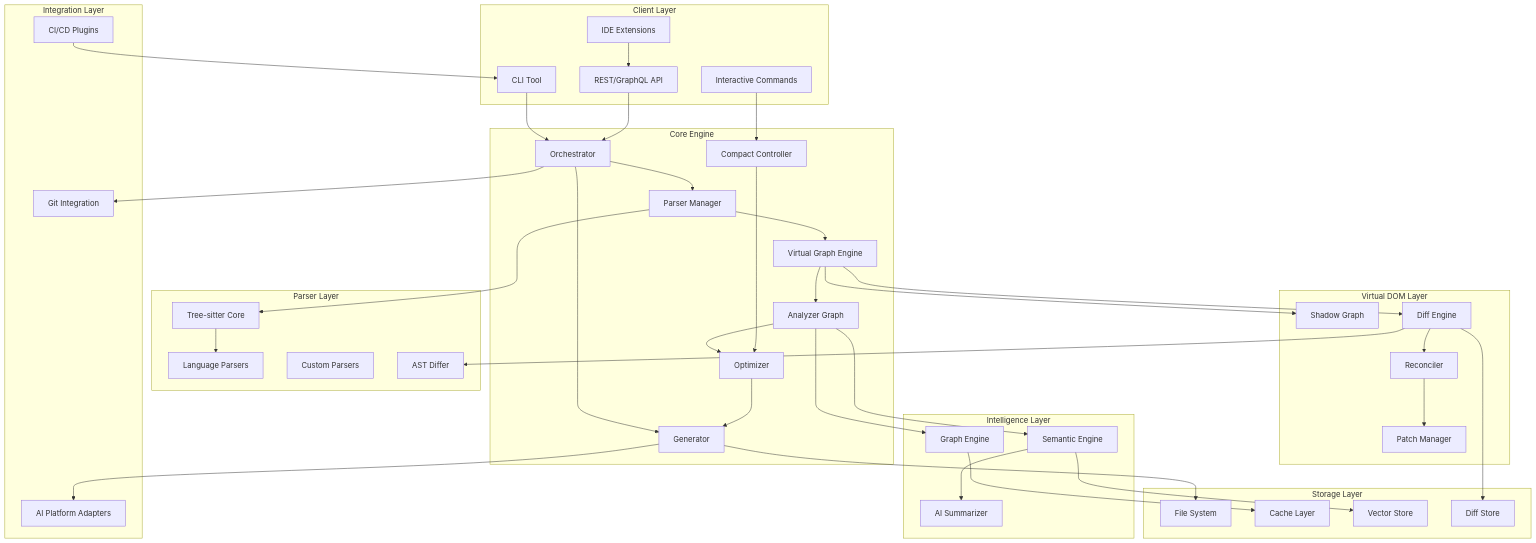
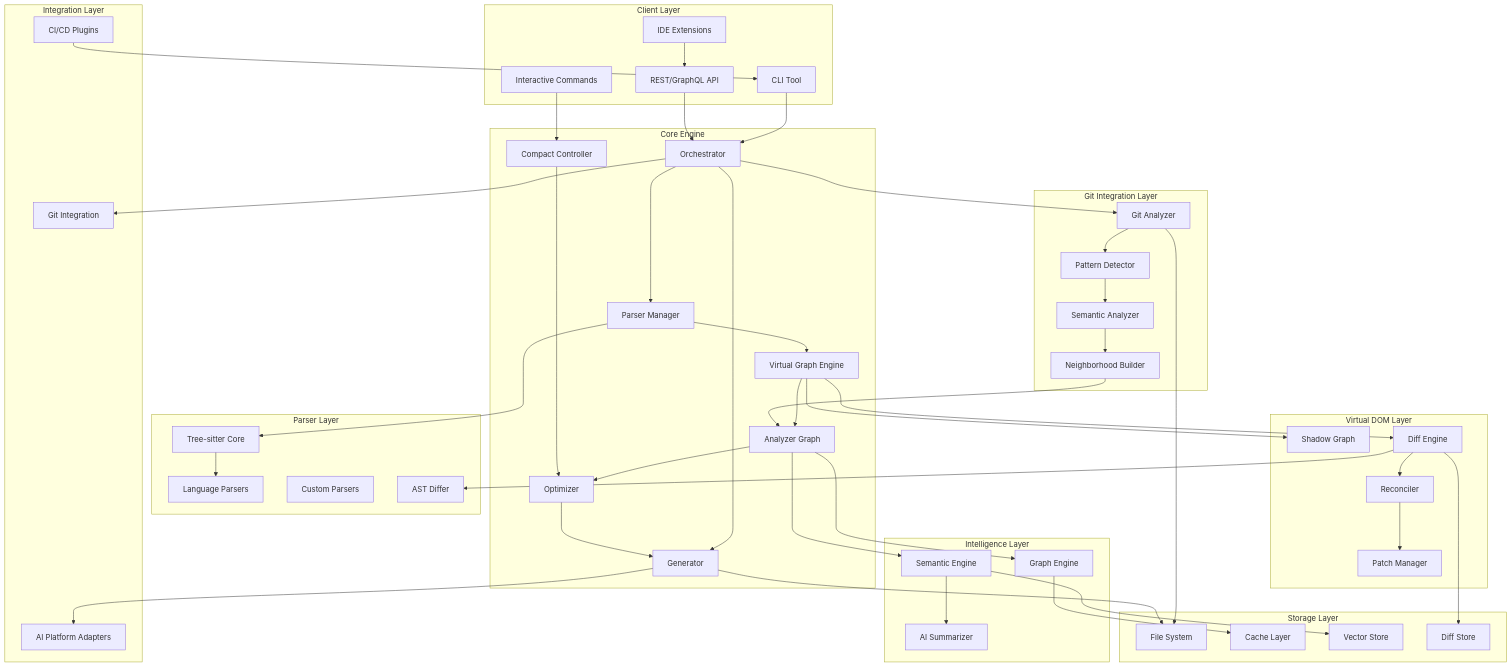
One commit to sebthom/codecontext changed the first of 3 diagrams in docs/HLD.md. Above: the diagram before and after it, drawn with Mermaid. The commit also changed other lines of this file and 9 other files, not shown here.

First line of the commit message:
Implement semantic code neighborhoods: Phase 5.1 Git Integration

```diff
--- a/docs/HLD.md
+++ b/docs/HLD.md
@@ -173,6 +187,13 @@
         GE[Graph Engine]
         SE[Semantic Engine]
         AI[AI Summarizer]
+    end
+    
+    subgraph "Git Integration Layer"
+        GA[Git Analyzer]
+        PD[Pattern Detector]
+        SA[Semantic Analyzer]
+        NH[Neighborhood Builder]
     end
     
     subgraph "Storage Layer"
@@ -214,6 +235,14 @@
     CC --> OPT
     OPT --> GEN
     
+    %% Git Integration Connections
+    ORC --> GA
+    GA --> PD
+    PD --> SA
+    SA --> NH
+    NH --> AG
+    GA --> FS
+    
     GEN --> FS
     GE --> CACHE
     SE --> VEC
```
